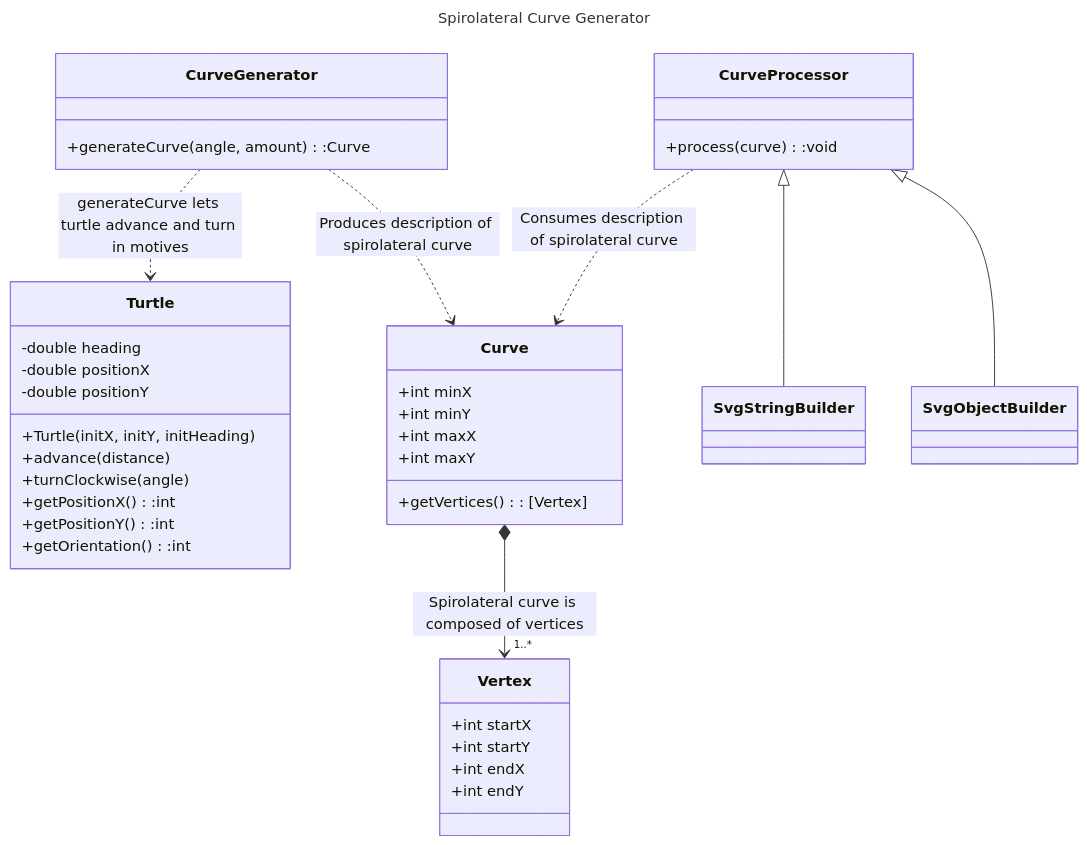
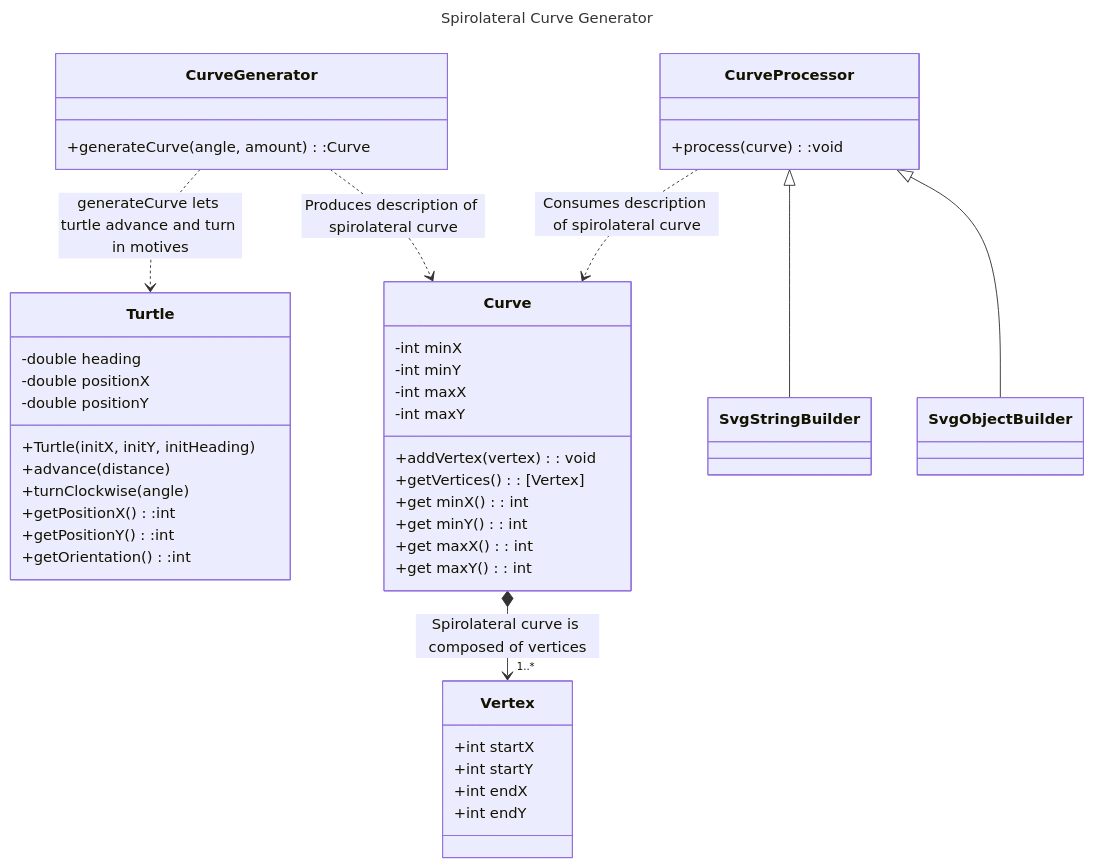
The diagram in README.md (m5c/SpirolateralCurves), drawn with Mermaid before and after one commit. The commit also changed 7 other files, not shown here.

````diff
--- a/README.md
+++ b/README.md
@@ -68,48 +68,54 @@
 ```mermaid
 ---
 title: Spirolateral Curve Generator
 ---
 classDiagram
     class CurveGenerator{
         +generateCurve(angle, amount):Curve
     }
 
     class Turtle{
         -double heading
         -double positionX
         -double positionY
         +Turtle(initX, initY, initHeading)
         +advance(distance)
         +turnClockwise(angle)
         +getPositionX():int
         +getPositionY():int
         +getOrientation():int
     }
 
     class Curve {
-        +int minX
-        +int minY
-        +int maxX
-        +int maxY
+        -int minX
+        -int minY
+        -int maxX
+        -int maxY
+        +addVertex(vertex): void
         +getVertices(): [Vertex]
+        +get minX(): int
+        +get minY(): int
+        +get maxX(): int
+        +get maxY(): int
+
     }
 
     class Vertex{
         +int startX
         +int startY
         +int endX
         +int endY
     }
 
     class CurveProcessor{
         +process(curve):void
     }
 
 
      CurveProcessor <|-- SvgStringBuilder
      CurveProcessor <|-- SvgObjectBuilder
      CurveGenerator ..> Turtle : generateCurve lets turtle advance and turn in motives
      CurveGenerator ..> Curve : Produces description of spirolateral curve
      CurveProcessor ..> Curve : Consumes description of spirolateral curve
      Curve *--> "1..*" Vertex : Spirolateral curve is composed of vertices
 ```
````
